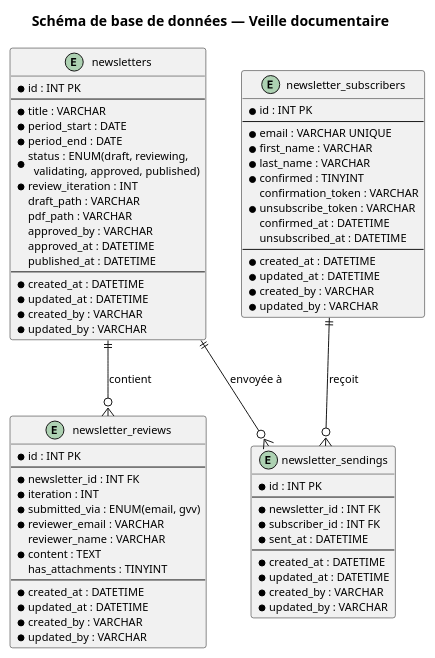
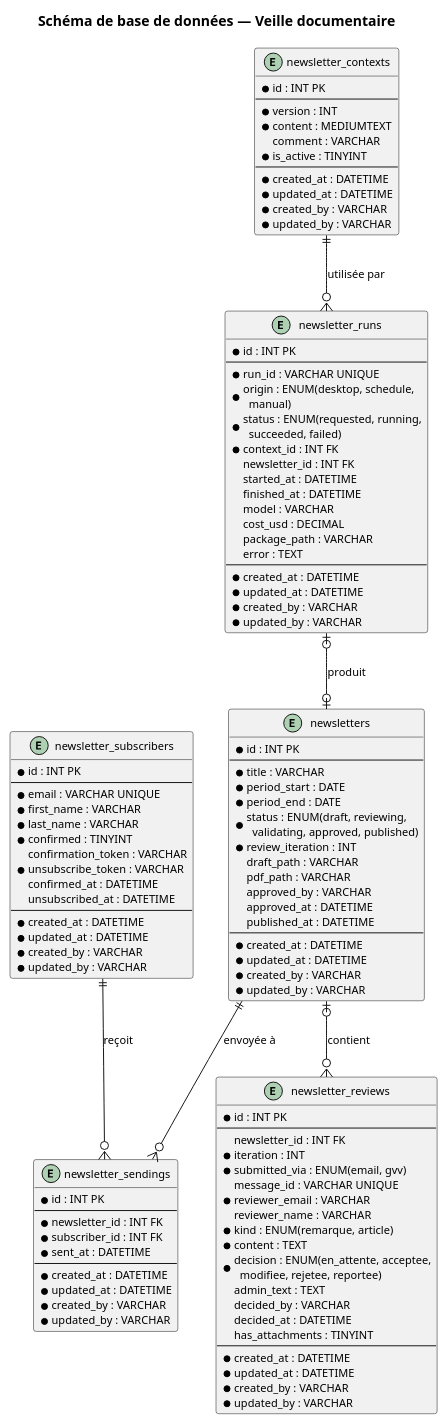
The diagram in doc/design_notes/diagrams/veille_schema.puml (flub78/gvv), drawn with PlantUML before and after one commit. The commit also changed 11 other files, not shown here.

```diff
--- a/doc/design_notes/diagrams/veille_schema.puml
+++ b/doc/design_notes/diagrams/veille_schema.puml
@@ -1,79 +1,123 @@
 @startuml veille_schema
 skinparam backgroundColor white
 skinparam defaultFontSize 11
 
 title Schéma de base de données — Veille documentaire
 
 entity newsletters {
   * id : INT PK
   --
   * title : VARCHAR
   * period_start : DATE
   * period_end : DATE
   * status : ENUM(draft, reviewing,\n  validating, approved, published)
   * review_iteration : INT
   draft_path : VARCHAR
   pdf_path : VARCHAR
   approved_by : VARCHAR
   approved_at : DATETIME
   published_at : DATETIME
   --
   * created_at : DATETIME
   * updated_at : DATETIME
   * created_by : VARCHAR
   * updated_by : VARCHAR
 }
 
 entity newsletter_reviews {
   * id : INT PK
   --
-  * newsletter_id : INT FK
+  newsletter_id : INT FK
   * iteration : INT
   * submitted_via : ENUM(email, gvv)
+  message_id : VARCHAR UNIQUE
   * reviewer_email : VARCHAR
   reviewer_name : VARCHAR
+  * kind : ENUM(remarque, article)
   * content : TEXT
+  * decision : ENUM(en_attente, acceptee,\n  modifiee, rejetee, reportee)
+  admin_text : TEXT
+  decided_by : VARCHAR
+  decided_at : DATETIME
   has_attachments : TINYINT
   --
   * created_at : DATETIME
   * updated_at : DATETIME
   * created_by : VARCHAR
   * updated_by : VARCHAR
 }
 
 entity newsletter_subscribers {
   * id : INT PK
   --
   * email : VARCHAR UNIQUE
   * first_name : VARCHAR
   * last_name : VARCHAR
   * confirmed : TINYINT
   confirmation_token : VARCHAR
   * unsubscribe_token : VARCHAR
   confirmed_at : DATETIME
   unsubscribed_at : DATETIME
   --
   * created_at : DATETIME
   * updated_at : DATETIME
   * created_by : VARCHAR
   * updated_by : VARCHAR
 }
 
 entity newsletter_sendings {
   * id : INT PK
   --
   * newsletter_id : INT FK
   * subscriber_id : INT FK
   * sent_at : DATETIME
   --
   * created_at : DATETIME
   * updated_at : DATETIME
   * created_by : VARCHAR
   * updated_by : VARCHAR
 }
 
-newsletters ||--o{ newsletter_reviews : contient
+entity newsletter_contexts {
+  * id : INT PK
+  --
+  * version : INT
+  * content : MEDIUMTEXT
+  comment : VARCHAR
+  * is_active : TINYINT
+  --
+  * created_at : DATETIME
+  * updated_at : DATETIME
+  * created_by : VARCHAR
+  * updated_by : VARCHAR
+}
+
+entity newsletter_runs {
+  * id : INT PK
+  --
+  * run_id : VARCHAR UNIQUE
+  * origin : ENUM(desktop, schedule,\n  manual)
+  * status : ENUM(requested, running,\n  succeeded, failed)
+  * context_id : INT FK
+  newsletter_id : INT FK
+  started_at : DATETIME
+  finished_at : DATETIME
+  model : VARCHAR
+  cost_usd : DECIMAL
+  package_path : VARCHAR
+  error : TEXT
+  --
+  * created_at : DATETIME
+  * updated_at : DATETIME
+  * created_by : VARCHAR
+  * updated_by : VARCHAR
+}
+
+newsletters |o--o{ newsletter_reviews : contient
 newsletters ||--o{ newsletter_sendings : envoyée à
 newsletter_subscribers ||--o{ newsletter_sendings : reçoit
 
+newsletter_contexts ||--o{ newsletter_runs : utilisée par
+newsletter_runs |o--o| newsletters : produit
+
 @enduml
```
